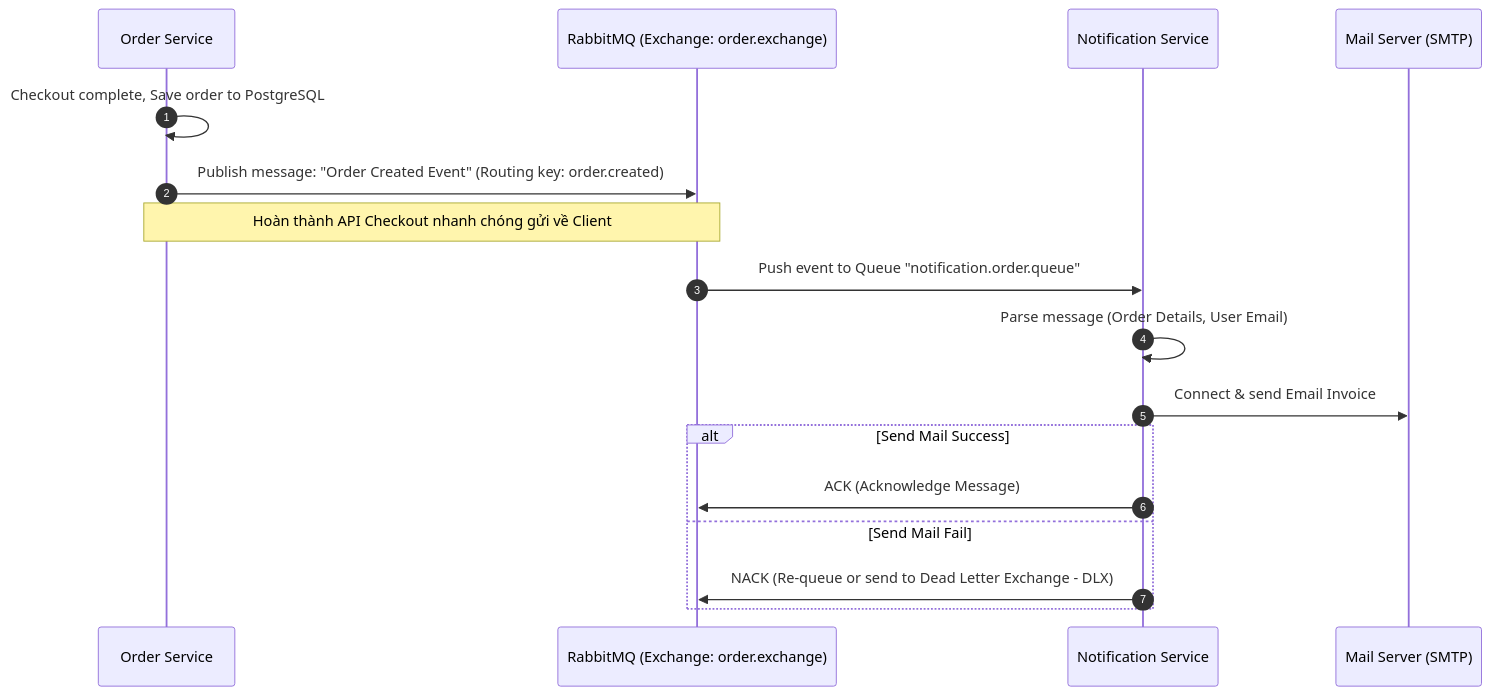
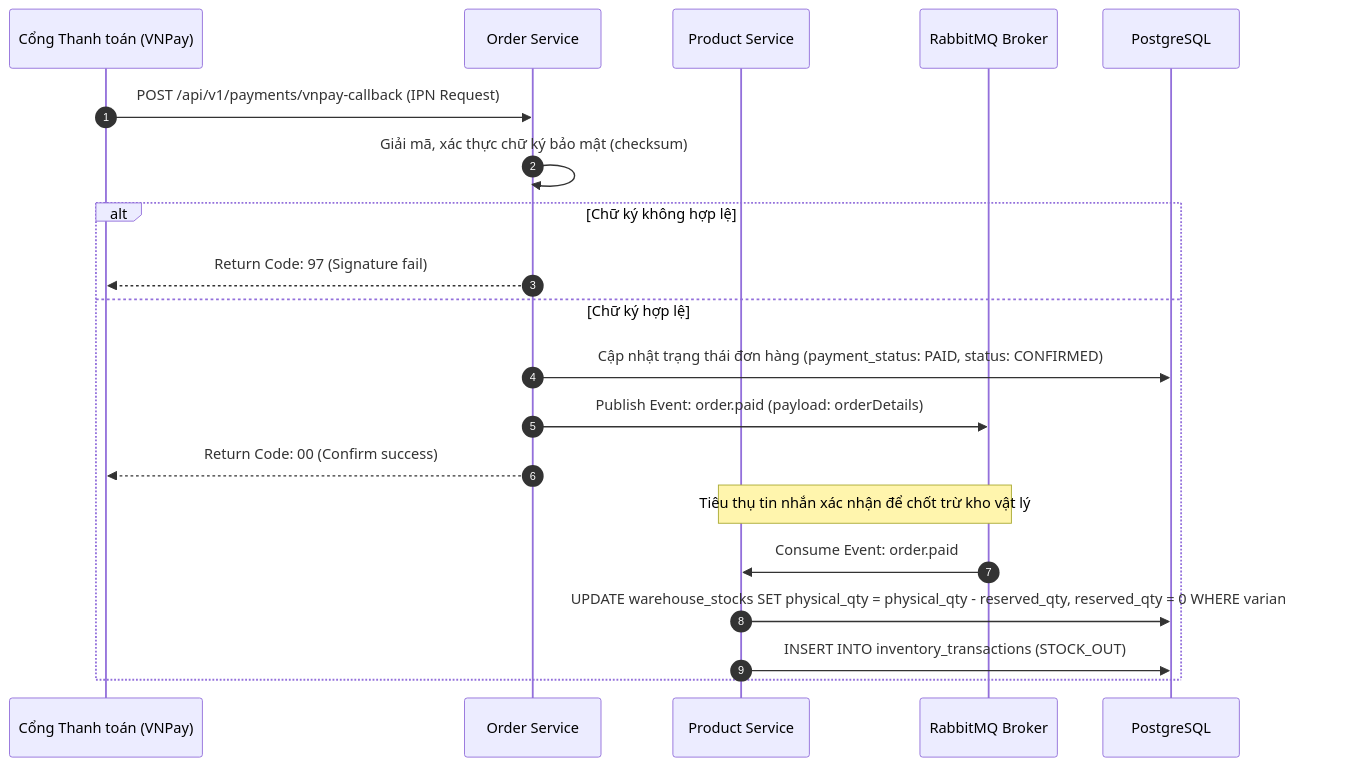
Before and after one commit to ThanhluanGif/E-Commerce-Platform: the eighth of 11 diagrams in E_COMMERCE_SYSTEM_DESIGN.md, drawn with Mermaid. The commit also changed other lines of this file and 1 other file, not shown here.

````diff
--- a/E_COMMERCE_SYSTEM_DESIGN.md
+++ b/E_COMMERCE_SYSTEM_DESIGN.md
@@ -292,21 +957,25 @@
 ```mermaid
 sequenceDiagram
     autonumber
+    participant Gateway as Cổng Thanh toán (VNPay)
     participant Order as Order Service
-    participant MQ as RabbitMQ (Exchange: order.exchange)
-    participant Notification as Notification Service
-    participant Mail as Mail Server (SMTP)
+    participant Product as Product Service
+    participant MQ as RabbitMQ Broker
+    participant DB as PostgreSQL
 
-    Order->>Order: Checkout complete, Save order to PostgreSQL
-    Order->>MQ: Publish message: "Order Created Event" (Routing key: order.created)
-    Note over Order, MQ: Hoàn thành API Checkout nhanh chóng gửi về Client
-    
-    MQ->>Notification: Push event to Queue "notification.order.queue"
-    Notification->>Notification: Parse message (Order Details, User Email)
-    Notification->>Mail: Connect & send Email Invoice
-    alt Send Mail Success
-        Notification->>MQ: ACK (Acknowledge Message)
-    else Send Mail Fail
-        Notification->>MQ: NACK (Re-queue or send to Dead Letter Exchange - DLX)
+    Gateway->>Order: POST /api/v1/payments/vnpay-callback (IPN Request)
+    Order->>Order: Giải mã, xác thực chữ ký bảo mật (checksum)
+    alt Chữ ký không hợp lệ
+        Order-->>Gateway: Return Code: 97 (Signature fail)
+    else Chữ ký hợp lệ
+        Order->>DB: Cập nhật trạng thái đơn hàng (payment_status: PAID, status: CONFIRMED)
+        Order->>MQ: Publish Event: order.paid (payload: orderDetails)
+        Order-->>Gateway: Return Code: 00 (Confirm success)
+        
+        %% Async processing
+        Note over Product, MQ: Tiêu thụ tin nhắn xác nhận để chốt trừ kho vật lý
+        MQ->>Product: Consume Event: order.paid
+        Product->>DB: UPDATE warehouse_stocks SET physical_qty = physical_qty - reserved_qty, reserved_qty = 0 WHERE variant_id = id
+        Product->>DB: INSERT INTO inventory_transactions (STOCK_OUT)
     end
 ```
````
